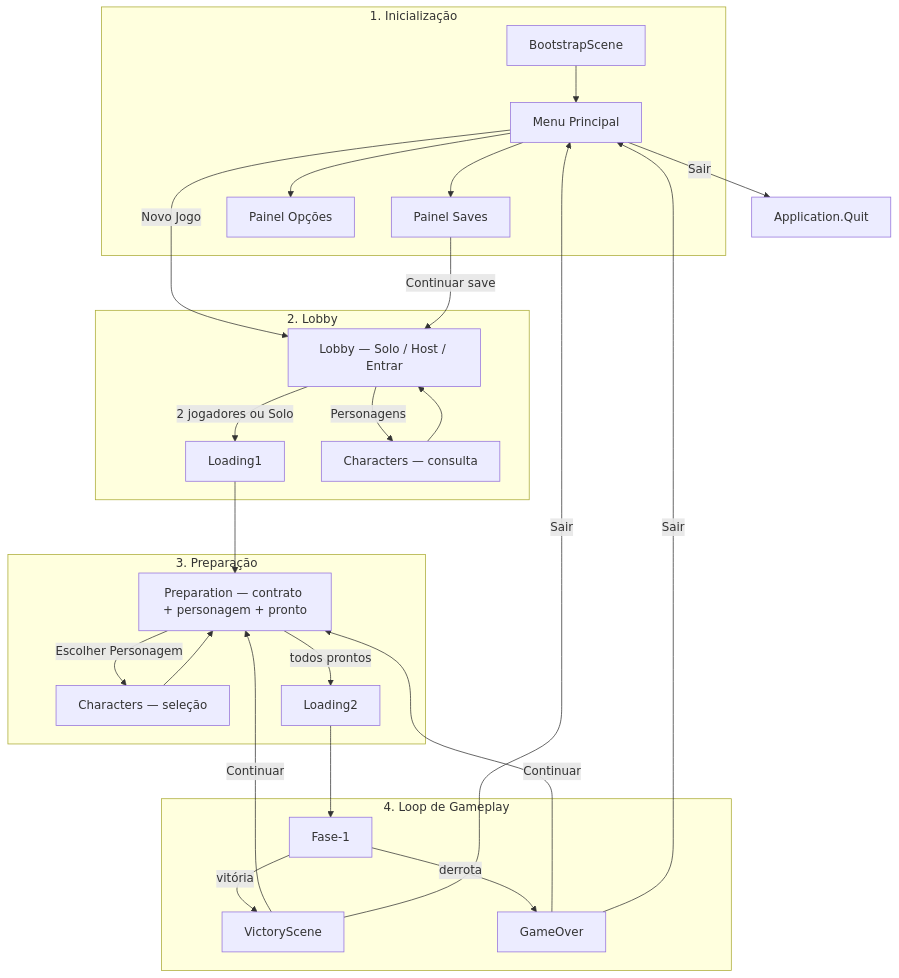
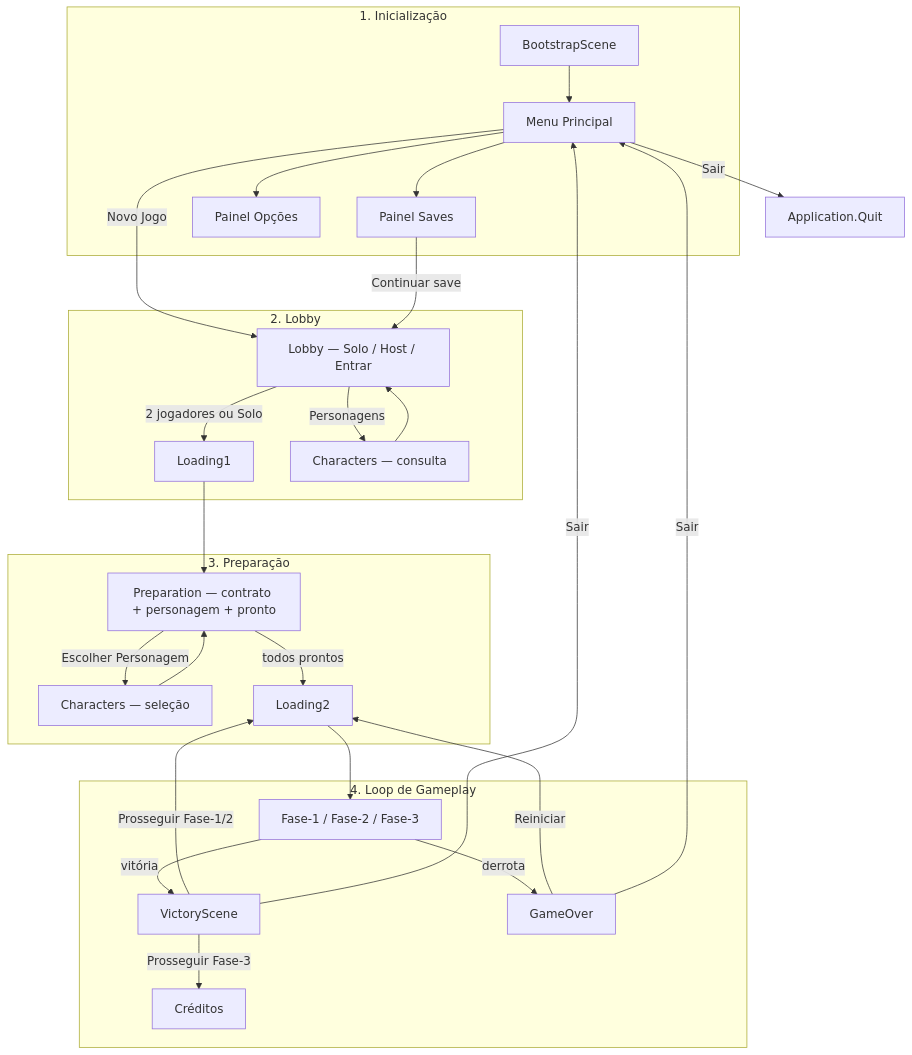
The diagram in docs/editor/flows/screen-flow-diagram.md (debsscc/MidnightMeow), drawn with Mermaid before and after one commit. The commit also changed 137 other files, not shown here.

````diff
--- a/docs/editor/flows/screen-flow-diagram.md
+++ b/docs/editor/flows/screen-flow-diagram.md
@@ -7,44 +7,46 @@
 ```mermaid
 flowchart TD
     subgraph init [1. Inicialização]
         Bootstrap[BootstrapScene]
         Menu[Menu Principal]
         Saves[Painel Saves]
         Options[Painel Opções]
         Bootstrap --> Menu
         Menu --> Saves
         Menu --> Options
     end
 
     subgraph lobby [2. Lobby]
         LobbyMode[Lobby — Solo / Host / Entrar]
         Menu -->|Novo Jogo| LobbyMode
         Saves -->|Continuar save| LobbyMode
         LobbyMode -->|2 jogadores ou Solo| Load1[Loading1]
         LobbyMode -->|Personagens| CharsBrowse[Characters — consulta]
         CharsBrowse --> LobbyMode
     end
 
     subgraph prep [3. Preparação]
         Preparation[Preparation — contrato + personagem + pronto]
         Load1 --> Preparation
         Preparation -->|Escolher Personagem| CharsSelect[Characters — seleção]
         CharsSelect --> Preparation
         Preparation -->|todos prontos| Load2[Loading2]
     end
 
     subgraph loop [4. Loop de Gameplay]
-        Gameplay[Fase-1]
+        Gameplay[Fase-1 / Fase-2 / Fase-3]
         Victory[VictoryScene]
         Defeat[GameOver]
+        Credits[Créditos]
         Load2 --> Gameplay
         Gameplay -->|vitória| Victory
         Gameplay -->|derrota| Defeat
-        Victory -->|Continuar| Preparation
-        Defeat -->|Continuar| Preparation
+        Victory -->|Prosseguir Fase-1/2| Load2
+        Victory -->|Prosseguir Fase-3| Credits
+        Defeat -->|Reiniciar| Load2
         Victory -->|Sair| Menu
         Defeat -->|Sair| Menu
     end
 
     Menu -->|Sair| Quit[Application.Quit]
 ```
````
